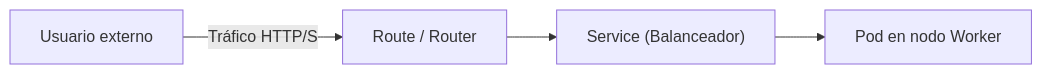
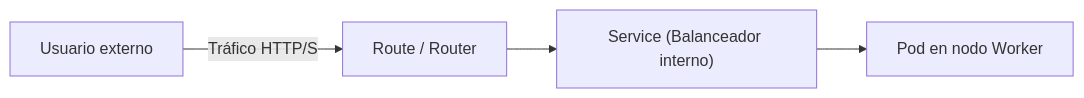
One commit to ieftraining/curso-openshift changed the fifth of 5 diagrams in docs/sesion1/1.5 Arquitectura cluster.md. Above: the diagram before and after it, drawn with Mermaid. The commit also changed other lines of this file, not shown here.

````diff
--- a/docs/sesion1/1.5 Arquitectura cluster.md
+++ b/docs/sesion1/1.5 Arquitectura cluster.md
@@ -140,6 +140,6 @@
 ```mermaid
 flowchart LR
     U[Usuario externo] -->|Tráfico HTTP/S| R["Route / Router"]
-    R --> S["Service (Balanceador)"]
+    R --> S["Service (Balanceador interno)"]
     S --> P["Pod en nodo Worker"]
 ```
````
